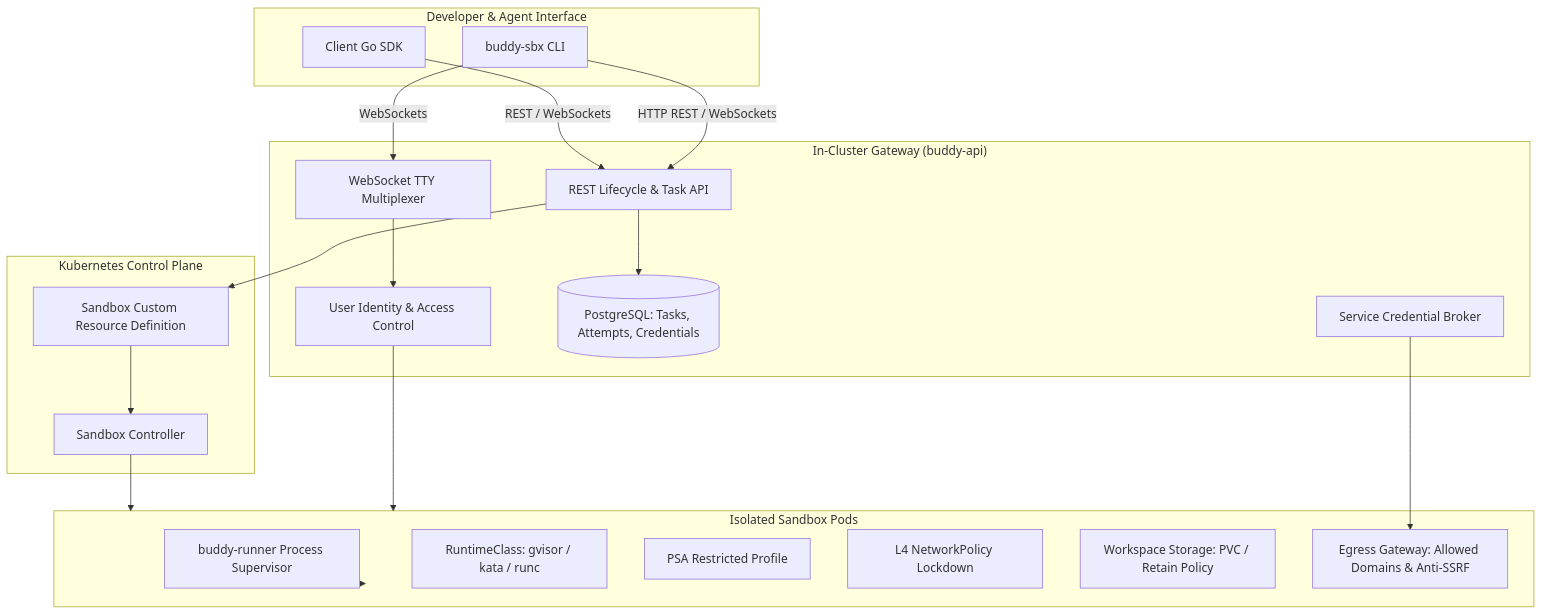
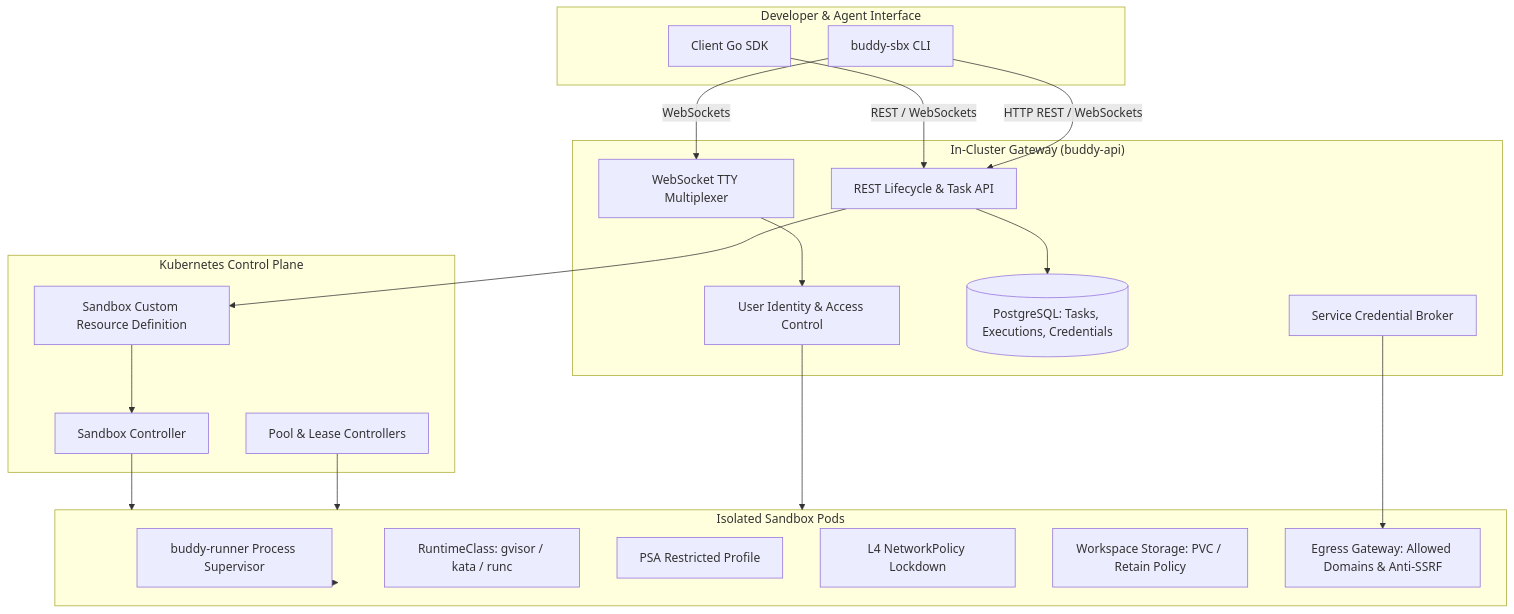
Before and after one commit to hoangndst/buddy-sandboxes: the first of 2 diagrams in docs/roadmap.md, drawn with Mermaid. The commit also changed other lines of this file, not shown here.

Commit message:
docs(roadmap): update core capabilities and product roadmap

````diff
--- a/docs/roadmap.md
+++ b/docs/roadmap.md
@@ -17,40 +17,42 @@
 ```mermaid
 flowchart TD
     subgraph ClientLayer["Developer & Agent Interface"]
         CLI[buddy-sbx CLI]
         SDK[Client Go SDK]
     end
 
     subgraph GatewayLayer["In-Cluster Gateway (buddy-api)"]
         REST[REST Lifecycle & Task API]
         WS[WebSocket TTY Multiplexer]
         Broker[Service Credential Broker]
-        TaskStore[(PostgreSQL: Tasks, Attempts, Credentials)]
+        TaskStore[(PostgreSQL: Tasks, Executions, Credentials)]
         Auth[User Identity & Access Control]
     end
 
     subgraph ControlPlane["Kubernetes Control Plane"]
         CRD[Sandbox Custom Resource Definition]
         Reconciler[Sandbox Controller]
+        PoolCtrl[Pool & Lease Controllers]
     end
 
     subgraph WorkloadLayer["Isolated Sandbox Pods"]
         Runner[buddy-runner Process Supervisor]
         Runtime[RuntimeClass: gvisor / kata / runc]
         Security[PSA Restricted Profile]
         NetPol[L4 NetworkPolicy Lockdown]
         Workspace[Workspace Storage: PVC / Retain Policy]
         Proxy[Egress Gateway: Allowed Domains & Anti-SSRF]
     end
 
     CLI -->|HTTP REST / WebSockets| REST
     CLI -->|WebSockets| WS
     SDK -->|REST / WebSockets| REST
     REST --> TaskStore
     REST --> CRD
     WS --> Auth --> WorkloadLayer
     Broker --> Proxy
     CRD --> Reconciler
+    PoolCtrl --> WorkloadLayer
     Reconciler --> WorkloadLayer
     WorkloadLayer --> Runner
 ```
````
